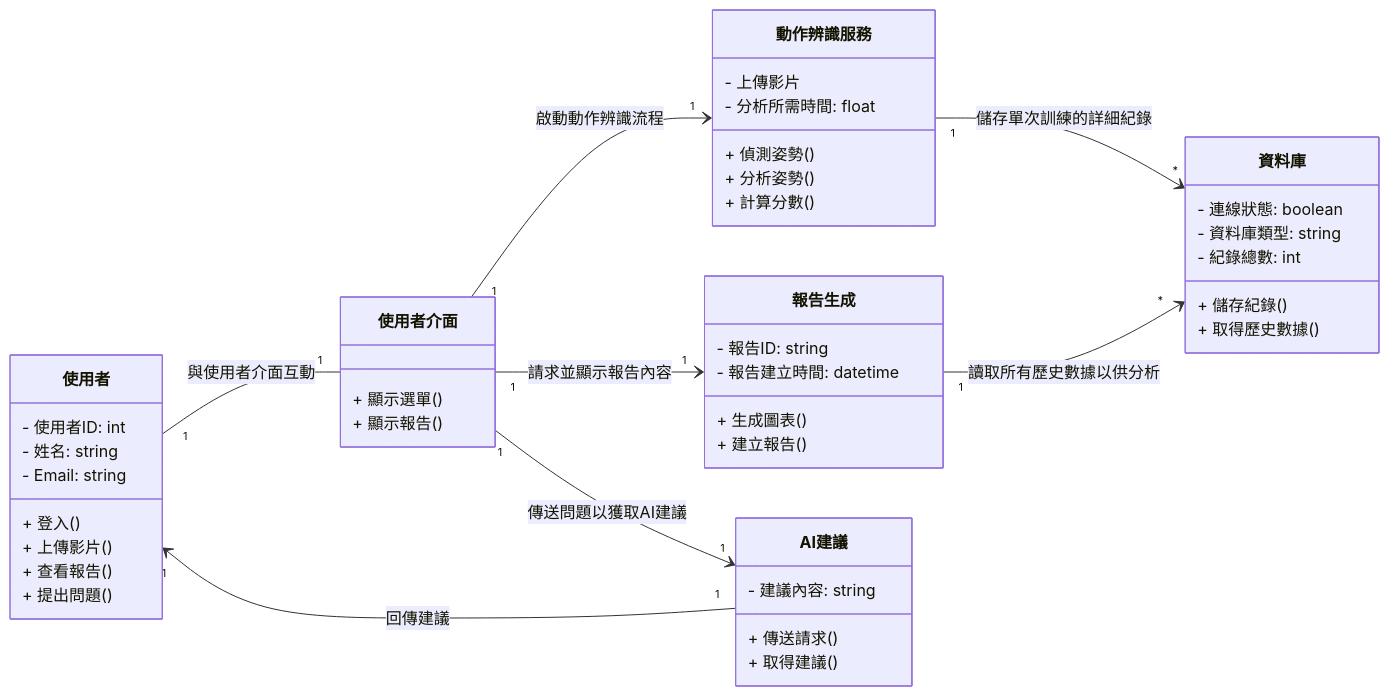
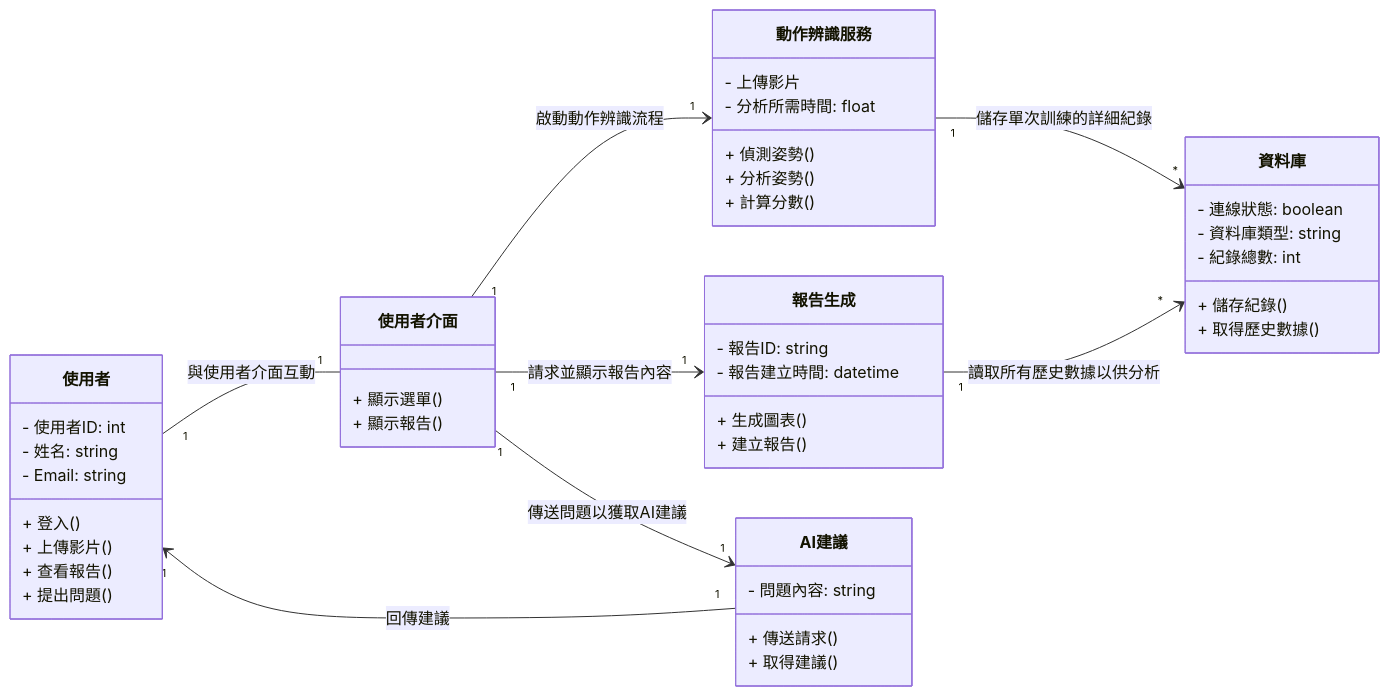
Before and after one commit to kyw012/team-project: the first of 7 diagrams in hw5.md, drawn with Mermaid.

````diff
--- a/hw5.md
+++ b/hw5.md
@@ -6,58 +6,58 @@
 ```mermaid
 classDiagram
     direction LR
 
     class 使用者 {
         - 使用者ID: int
         - 姓名: string
         - Email: string
         + 登入()
         + 上傳影片()
         + 查看報告()
         + 提出問題()
     }
 
     class 使用者介面 {
         + 顯示選單()
         + 顯示報告()
     }
 
     class 動作辨識服務 {
         - 上傳影片
         - 分析所需時間: float
         + 偵測姿勢()
         + 分析姿勢()
         + 計算分數()
     }
 
     class 資料庫 {
         - 連線狀態: boolean
         - 資料庫類型: string
         - 紀錄總數: int
         + 儲存紀錄()
         + 取得歷史數據()
     }
 
     class 報告生成 {
         - 報告ID: string
         - 報告建立時間: datetime
         + 生成圖表()
         + 建立報告()
     }
 
     class AI建議 {
-        - 建議內容: string
+        - 問題內容: string
         + 傳送請求()
         + 取得建議()
         
     }
 
     使用者 "1" -- "1" 使用者介面 : 與使用者介面互動
     使用者介面 "1" --> "1" 動作辨識服務 : 啟動動作辨識流程
     使用者介面 "1" --> "1" 報告生成 : 請求並顯示報告內容
     使用者介面 "1" --> "1" AI建議 : 傳送問題以獲取AI建議
     動作辨識服務 "1" --> "*" 資料庫 : 儲存單次訓練的詳細紀錄
     報告生成 "1" --> "*" 資料庫 : 讀取所有歷史數據以供分析
     AI建議 "1" --> "1" 使用者 : 回傳建議
 
 ```
````
